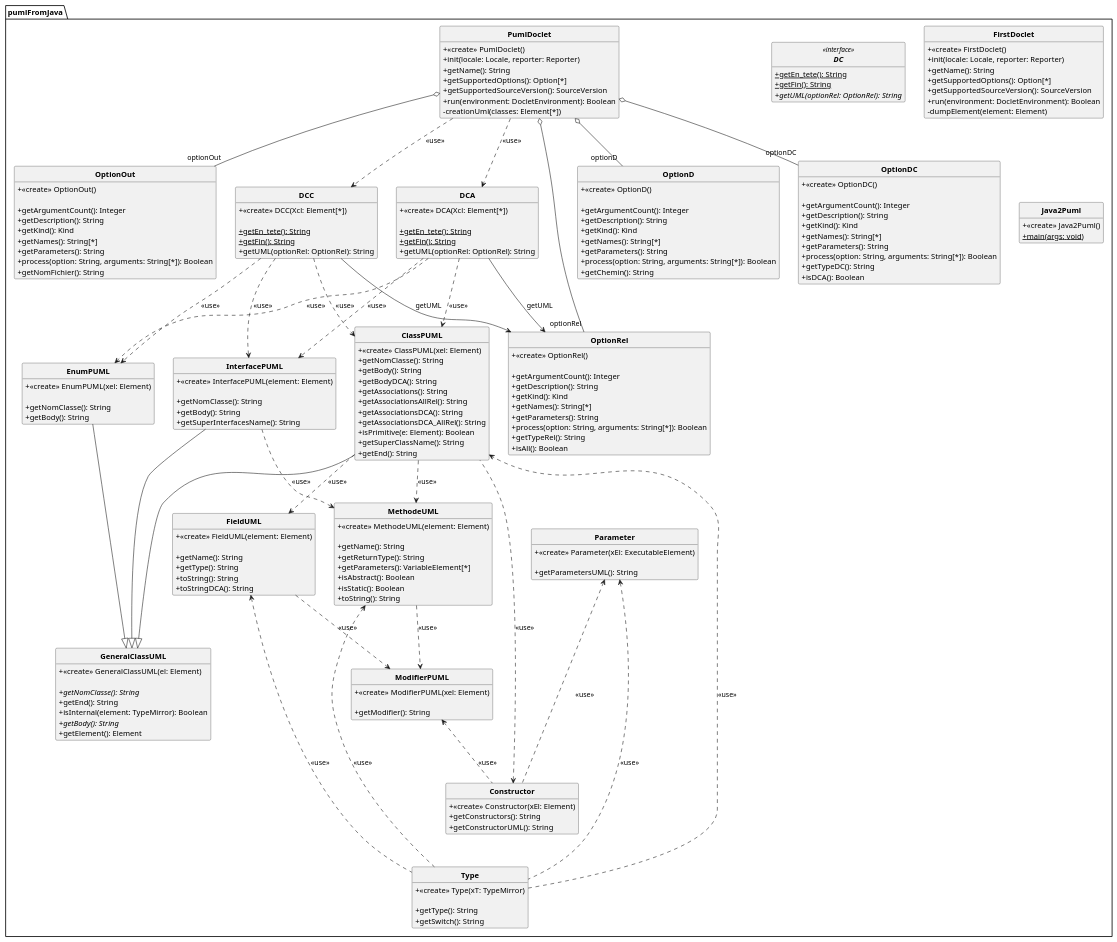
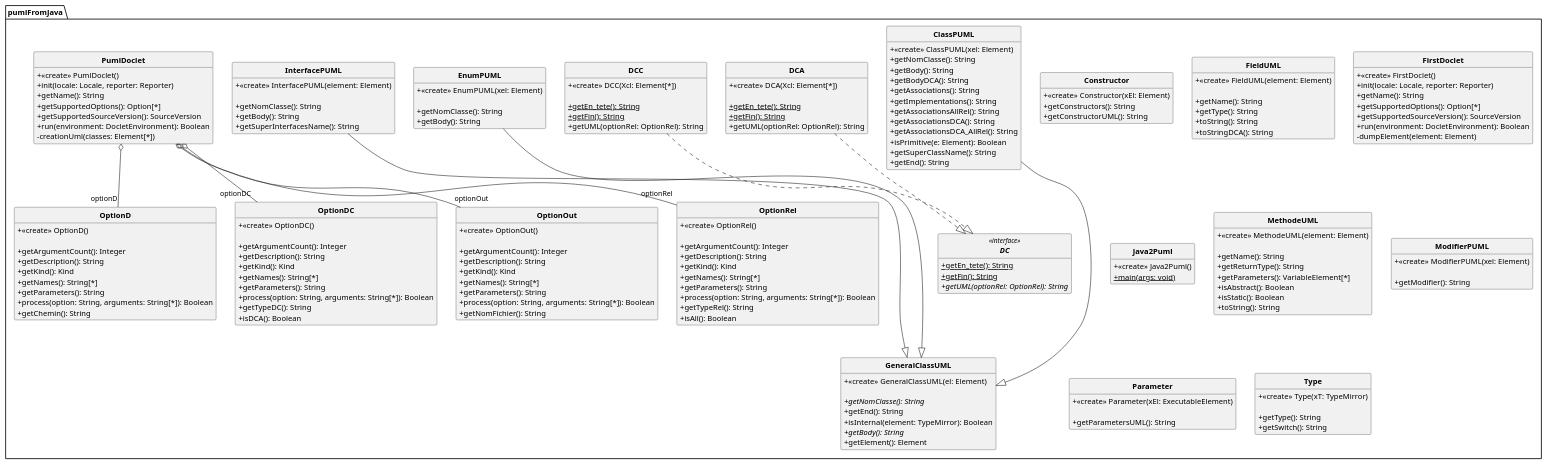
The diagram in src/pumlFromJava/DC_projet.puml (SylvainSchaefer/Java-to-PUML), drawn with PlantUML before and after one commit. The commit also changed 1 other file, not shown here.

```diff
--- a/src/pumlFromJava/DC_projet.puml
+++ b/src/pumlFromJava/DC_projet.puml
@@ -11,6 +11,7 @@
 + getBody(): String
 + getBodyDCA(): String
 + getAssociations(): String
++ getImplementations(): String
 + getAssociationsAllRel(): String
 + getAssociationsDCA(): String
 + getAssociationsDCA_AllRel(): String
@@ -19,6 +20,7 @@
 + getEnd(): String
 
 }
+
 
 pumlFromJava.ClassPUML ---|> pumlFromJava.GeneralClassUML
 Class pumlFromJava.Constructor{
@@ -30,6 +32,7 @@
 + getConstructorUML(): String
 
 }
+
 
 
 Interface pumlFromJava.DC<<interface>> {
@@ -47,7 +50,8 @@
 + getUML(optionRel: OptionRel): String
 
 }
-pumlFromJava.DCA --> pumlFromJava.OptionRel: getUML
+pumlFromJava.DCA ..|> pumlFromJava.DC
+
 
 
 Class pumlFromJava.DCC{
@@ -58,7 +62,8 @@
 + getUML(optionRel: OptionRel): String
 
 }
-pumlFromJava.DCC --> pumlFromJava.OptionRel: getUML
+pumlFromJava.DCC ..|> pumlFromJava.DC
+
 
 
 Class pumlFromJava.EnumPUML{
@@ -68,6 +73,7 @@
 + getBody(): String
 
 }
+
 
 pumlFromJava.EnumPUML ---|> pumlFromJava.GeneralClassUML
 Class pumlFromJava.FieldUML{
@@ -79,6 +85,7 @@
 + toStringDCA(): String
 
 }
+
 
 
 Class pumlFromJava.FirstDoclet{
@@ -93,6 +100,7 @@
 }
 
 
+
 Class pumlFromJava.GeneralClassUML{
 + <<create>> GeneralClassUML(el: Element)
 
@@ -105,6 +113,7 @@
 }
 
 
+
 Class pumlFromJava.InterfacePUML{
 + <<create>> InterfacePUML(element: Element)
 
@@ -114,12 +123,14 @@
 
 }
 
+
 pumlFromJava.InterfacePUML ---|> pumlFromJava.GeneralClassUML
 Class pumlFromJava.Java2Puml{
 + <<create>> Java2Puml()
 {static} + main(args: void)
 
 }
+
 
 
 Class pumlFromJava.MethodeUML{
@@ -135,12 +146,14 @@
 }
 
 
+
 Class pumlFromJava.ModifierPUML{
 + <<create>> ModifierPUML(xel: Element)
 
 + getModifier(): String
 
 }
+
 
 
 Class pumlFromJava.OptionD{
@@ -155,6 +168,7 @@
 + getChemin(): String
 
 }
+
 
 
 Class pumlFromJava.OptionDC{
@@ -172,6 +186,7 @@
 }
 
 
+
 Class pumlFromJava.OptionOut{
 + <<create>> OptionOut()
 
@@ -184,6 +199,7 @@
 + getNomFichier(): String
 
 }
+
 
 
 Class pumlFromJava.OptionRel{
@@ -201,12 +217,14 @@
 }
 
 
+
 Class pumlFromJava.Parameter{
 + <<create>> Parameter(xEl: ExecutableElement)
 
 + getParametersUML(): String
 
 }
+
 
 
 Class pumlFromJava.PumlDoclet{
@@ -223,6 +241,7 @@
 - creationUml(classes: Element[*])
 
 }
+
 pumlFromJava.PumlDoclet o-- "optionOut"pumlFromJava.OptionOut
 pumlFromJava.PumlDoclet o-- "optionD"pumlFromJava.OptionD
 pumlFromJava.PumlDoclet o-- "optionDC"pumlFromJava.OptionDC
@@ -237,37 +256,6 @@
 
 }
 
-Constructor <.... ClassPUML : <<use>>
-
-FieldUML <.... Type : <<use>>
-MethodeUML <.... Type : <<use>>
-Parameter <.... Type : <<use>>
-
-Parameter <.. Constructor : <<use>>
-ModifierPUML <.. Constructor : <<use>>
-
-FieldUML ..> ModifierPUML : <<use>>
-MethodeUML ..> ModifierPUML : <<use>>
-
-ClassPUML ..> MethodeUML : <<use>>
-
-InterfacePUML ..>MethodeUML : <<use>>
-
-DCA ..>InterfacePUML : <<use>>
-DCC ..>InterfacePUML : <<use>>
-DCA ..>EnumPUML : <<use>>
-DCC ..>EnumPUML : <<use>>
-DCA ..>ClassPUML : <<use>>
-DCC ..>ClassPUML : <<use>>
-
-Type ..>ClassPUML : <<use>>
-
-ClassPUML ..>FieldUML : <<use>>
-
-PumlDoclet ..>DCC : <<use>>
-PumlDoclet ..>DCA : <<use>>
-
-
 
 
 
```
